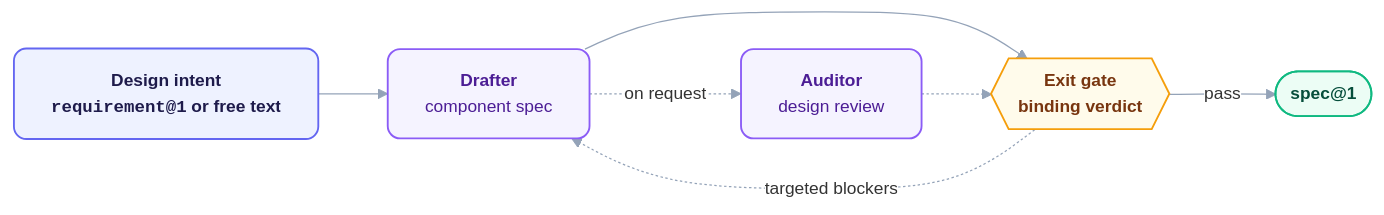
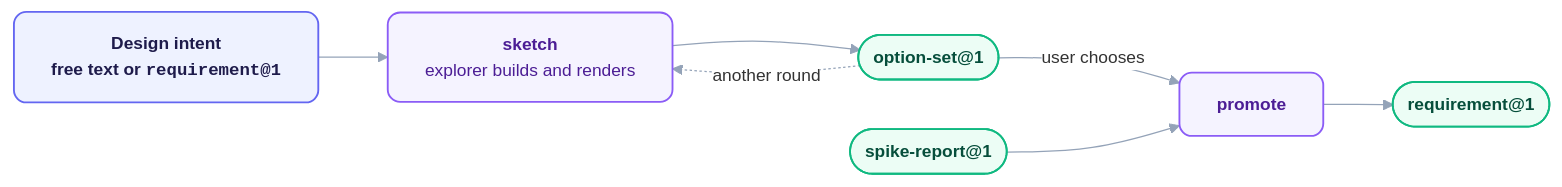
One commit to orin-dx/wisp-plugins changed the diagram in plugins/muse/README.md. Above: the diagram before and after it, drawn with Mermaid. The commit also changed other lines of this file and 385 other files, not shown here.

````diff
--- a/plugins/muse/README.md
+++ b/plugins/muse/README.md
@@ -70,20 +56,18 @@
 ```mermaid
 %%{init: {'theme': 'base', 'flowchart': {'curve': 'basis', 'nodeSpacing': 40, 'rankSpacing': 56}, 'themeVariables': {'fontFamily': 'Inter, ui-sans-serif, system-ui, sans-serif', 'fontSize': '14px', 'lineColor': '#94a3b8', 'edgeLabelBackground': '#ffffff'}}}%%
 flowchart LR
     classDef source fill:#eef2ff,stroke:#6366f1,stroke-width:1.5px,color:#1e1b4b,rx:10px,ry:10px,font-weight:600;
     classDef engine fill:#f5f3ff,stroke:#8b5cf6,stroke-width:1.5px,color:#4c1d95,rx:10px,ry:10px;
-    classDef router fill:#fffbeb,stroke:#f59e0b,stroke-width:1.5px,color:#78350f,rx:10px,ry:10px,font-weight:600;
     classDef output fill:#ecfdf5,stroke:#10b981,stroke-width:1.5px,color:#064e3b,rx:10px,ry:10px,font-weight:600;
 
-    Req["<b>Design intent</b><br/><code>requirement@1</code> or free text"] --> Draft["<b>Drafter</b><br/>component spec"]
-    Draft --> Gate{{"<b>Exit gate</b><br/>binding verdict"}}
-    Draft -.->|"on request"| Audit["<b>Auditor</b><br/>design review"]
-    Audit -.-> Gate
-    Gate -->|"pass"| Spec(["spec@1"])
-    Gate -.->|"targeted blockers"| Draft
+    Intent["<b>Design intent</b><br/>free text or <code>requirement@1</code>"] --> Sketch["<b>sketch</b><br/>explorer builds and renders"]
+    Sketch --> Options(["option-set@1"])
+    Options -->|"user chooses"| Promote["<b>promote</b>"]
+    Spike(["spike-report@1"]) --> Promote
+    Promote --> Req(["requirement@1"])
+    Options -.->|"another round"| Sketch
 
-    class Req source
-    class Draft,Audit engine
-    class Gate router
-    class Spec output
+    class Intent source
+    class Sketch,Promote engine
+    class Options,Req,Spike output
 ```
````
